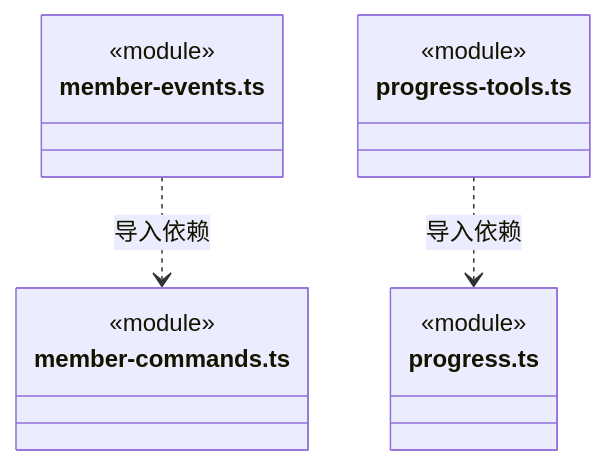
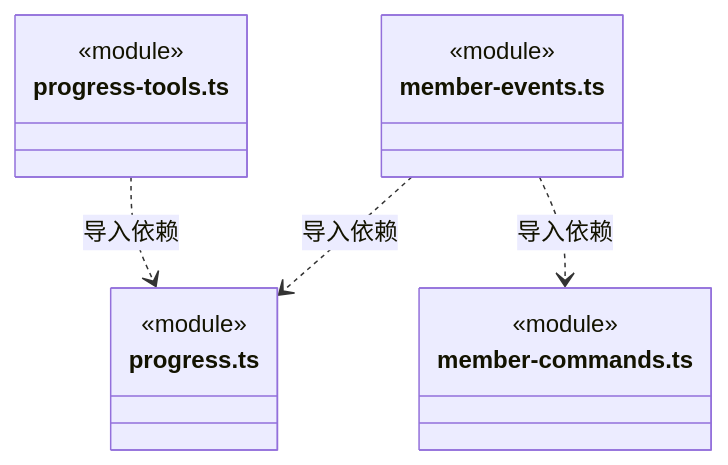
One commit to nan023062/cbim changed diagram 32 of 34 in src/backend/core/tasks/ARCHITECTURE.md. Above: the diagram before and after it, drawn with Mermaid. The commit also changed other lines of this file and 19 other files, not shown here.

````diff
--- a/src/backend/core/tasks/ARCHITECTURE.md
+++ b/src/backend/core/tasks/ARCHITECTURE.md
@@ -839,17 +849,18 @@
 ```mermaid
 classDiagram
 class N_src_backend_core_tasks_member_events_ts["member-events.ts"] {
+  <<module>>
+}
+class N_src_backend_core_tasks_progress_ts["progress.ts"] {
   <<module>>
 }
 class N_src_backend_core_tasks_member_commands_ts["member-commands.ts"] {
   <<module>>
 }
 class N_src_backend_core_tasks_progress_tools_ts["progress-tools.ts"] {
   <<module>>
 }
-class N_src_backend_core_tasks_progress_ts["progress.ts"] {
-  <<module>>
-}
+N_src_backend_core_tasks_member_events_ts ..> N_src_backend_core_tasks_progress_ts : 导入依赖
 N_src_backend_core_tasks_member_events_ts ..> N_src_backend_core_tasks_member_commands_ts : 导入依赖
 N_src_backend_core_tasks_progress_tools_ts ..> N_src_backend_core_tasks_progress_ts : 导入依赖
 ```
````
